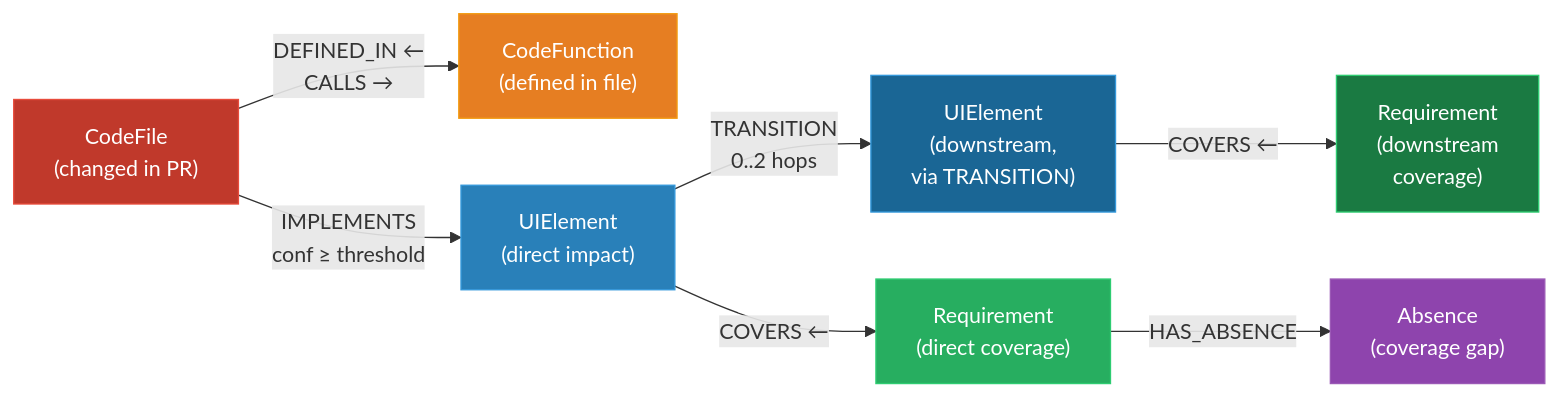
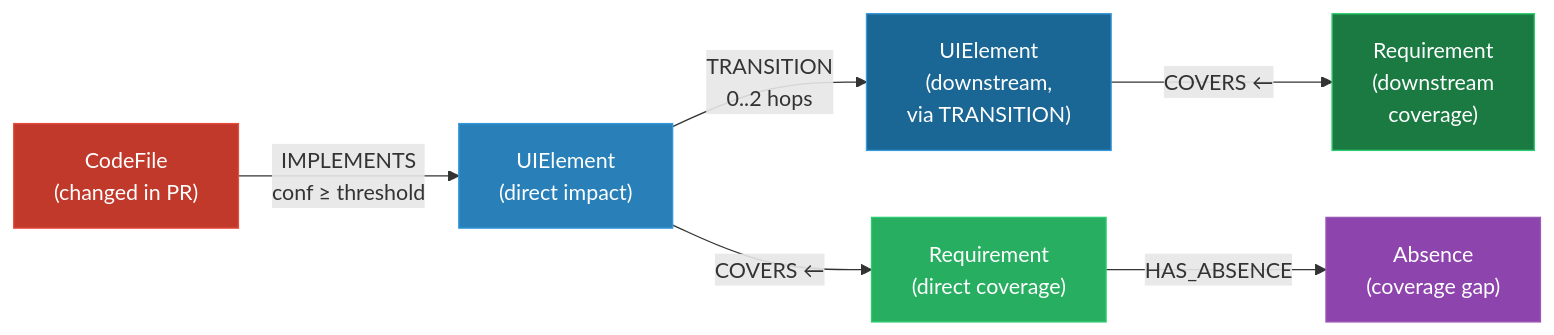
The fourth of 10 diagrams in design_doc.md (snowsanta/testsigma), drawn with Mermaid before and after one commit. The commit also changed other lines of this file and 12 other files, not shown here.

````diff
--- a/design_doc.md
+++ b/design_doc.md
@@ -229,25 +211,22 @@
 ```mermaid
 flowchart LR
     CF["CodeFile\n(changed in PR)"]
-    FN["CodeFunction\n(defined in file)"]
     UI["UIElement\n(direct impact)"]
     DUI["UIElement\n(downstream,\nvia TRANSITION)"]
     REQ["Requirement\n(direct coverage)"]
     DREQ["Requirement\n(downstream\ncoverage)"]
     ABS["Absence\n(coverage gap)"]
 
     CF -->|"IMPLEMENTS\nconf ≥ threshold"| UI
-    CF -->|"DEFINED_IN ←\nCALLS →"| FN
     UI -->|"TRANSITION\n0..2 hops"| DUI
     UI -->|"COVERS ←"| REQ
     DUI -->|"COVERS ←"| DREQ
     REQ -->|"HAS_ABSENCE"| ABS
 
     style CF fill:#c0392b,stroke:#e74c3c,color:#fff
-    style FN fill:#e67e22,stroke:#f39c12,color:#fff
     style UI fill:#2980b9,stroke:#3498db,color:#fff
     style DUI fill:#1a6695,stroke:#3498db,color:#fff
     style REQ fill:#27ae60,stroke:#2ecc71,color:#fff
     style DREQ fill:#1a7a42,stroke:#2ecc71,color:#fff
     style ABS fill:#8e44ad,stroke:#9b59b6,color:#fff
 ```
````
